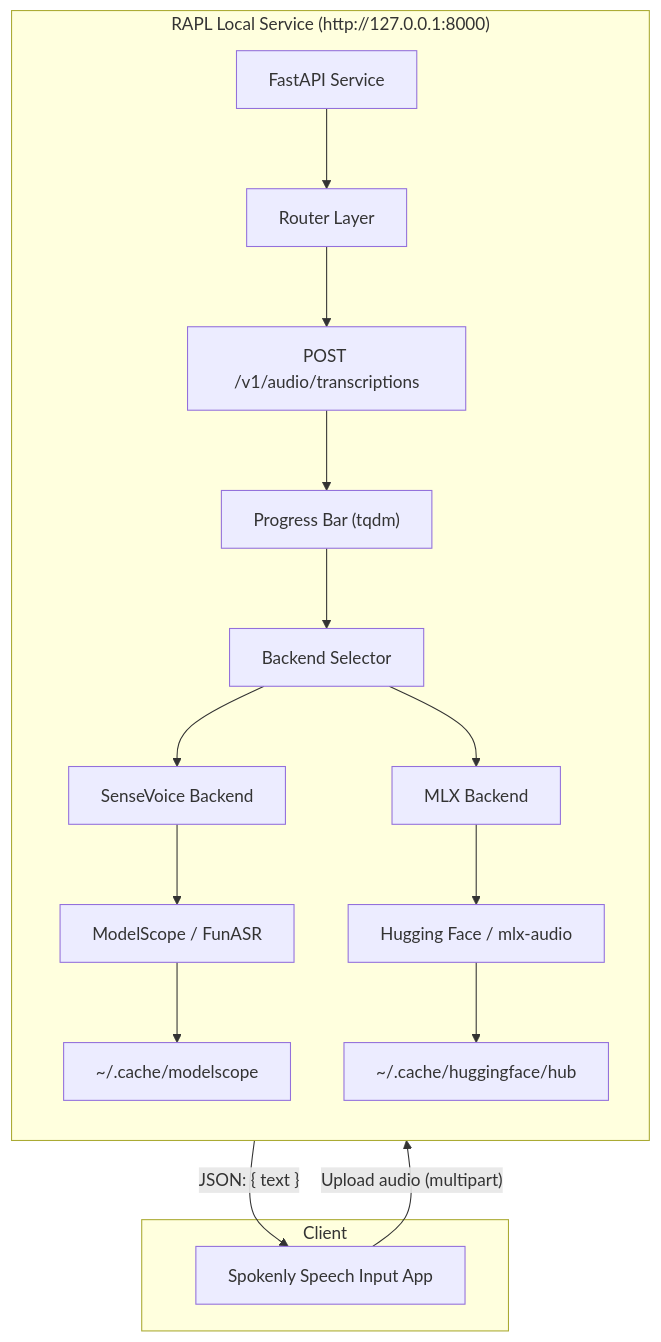
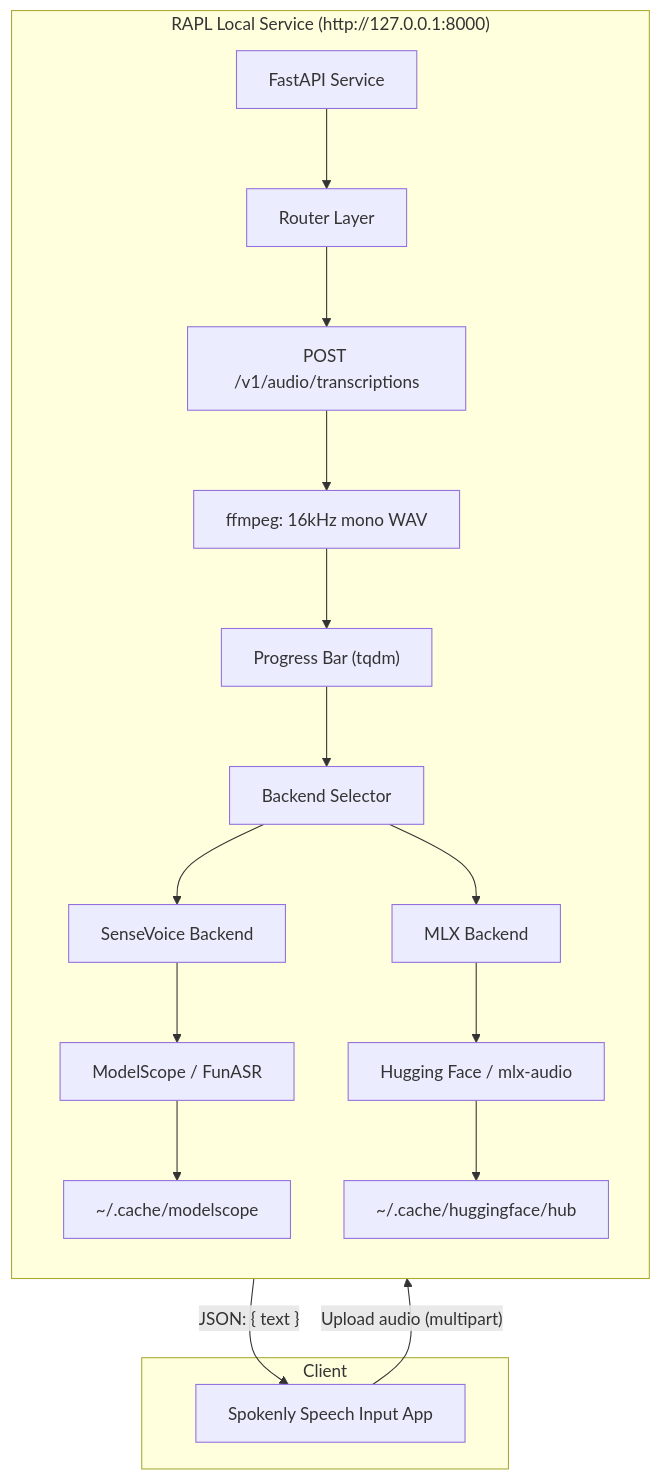
The first of 2 diagrams in README.md (klynwuu/local-asr-api), drawn with Mermaid before and after one commit. The commit also changed other lines of this file and 1 other file, not shown here.

First line of the commit message:
feat: add audio preprocessing (ffmpeg 16kHz mono) and fix MLX Metal threading crash

````diff
--- a/README.md
+++ b/README.md
@@ -111,24 +137,25 @@
 ```mermaid
 flowchart TB
     subgraph Client["Client"]
         Spokenly["Spokenly Speech Input App"]
     end
 
     subgraph RAPL["RAPL Local Service (http://127.0.0.1:8000)"]
         direction TB
         API["FastAPI Service"]
         API --> Router["Router Layer"]
         Router --> Transcribe["POST /v1/audio/transcriptions"]
-        Transcribe --> Progress["Progress Bar (tqdm)"]
+        Transcribe --> Preprocess["ffmpeg: 16kHz mono WAV"]
+        Preprocess --> Progress["Progress Bar (tqdm)"]
         Progress --> Backend["Backend Selector"]
         Backend --> SenseVoice["SenseVoice Backend"]
         Backend --> MLX["MLX Backend"]
         SenseVoice --> ModelScope["ModelScope / FunASR"]
         MLX --> HuggingFace["Hugging Face / mlx-audio"]
         ModelScope --> Cache1["~/.cache/modelscope"]
         HuggingFace --> Cache2["~/.cache/huggingface/hub"]
     end
 
     Spokenly -->|"Upload audio (multipart)"| API
     API -->|"JSON: { text }"| Spokenly
 ```
````
